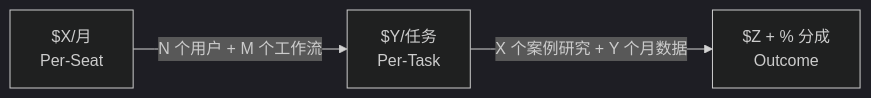
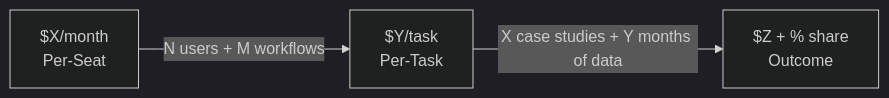
One commit to jiangxidong/agent-skill-1p-saas changed the diagram in references/tpl-pricing-roadmap.md. Above: the diagram before and after it, drawn with Mermaid (dark theme). The commit also changed other lines of this file and 9 other files, not shown here.

````diff
--- a/references/tpl-pricing-roadmap.md
+++ b/references/tpl-pricing-roadmap.md
@@ -53,5 +53,5 @@
 ```mermaid
 graph LR
-    A["$X/月<br/>Per-Seat"] -->|"N 个用户 + M 个工作流"| B["$Y/任务<br/>Per-Task"]
-    B -->|"X 个案例研究 + Y 个月数据"| C["$Z + % 分成<br/>Outcome"]
+    A["$X/month<br/>Per-Seat"] -->|"N users + M workflows"| B["$Y/task<br/>Per-Task"]
+    B -->|"X case studies + Y months of data"| C["$Z + % share<br/>Outcome"]
 ```
````
